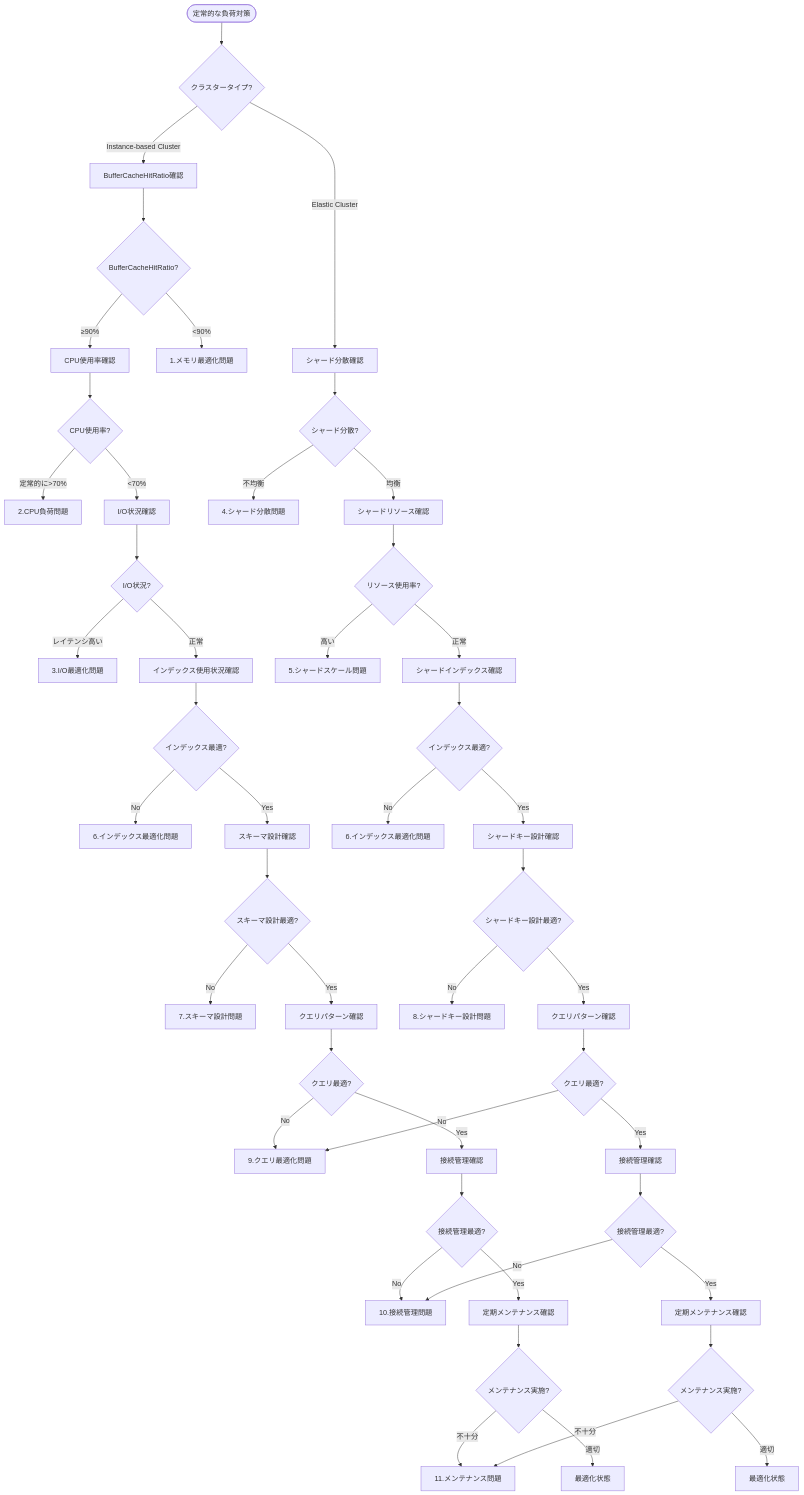
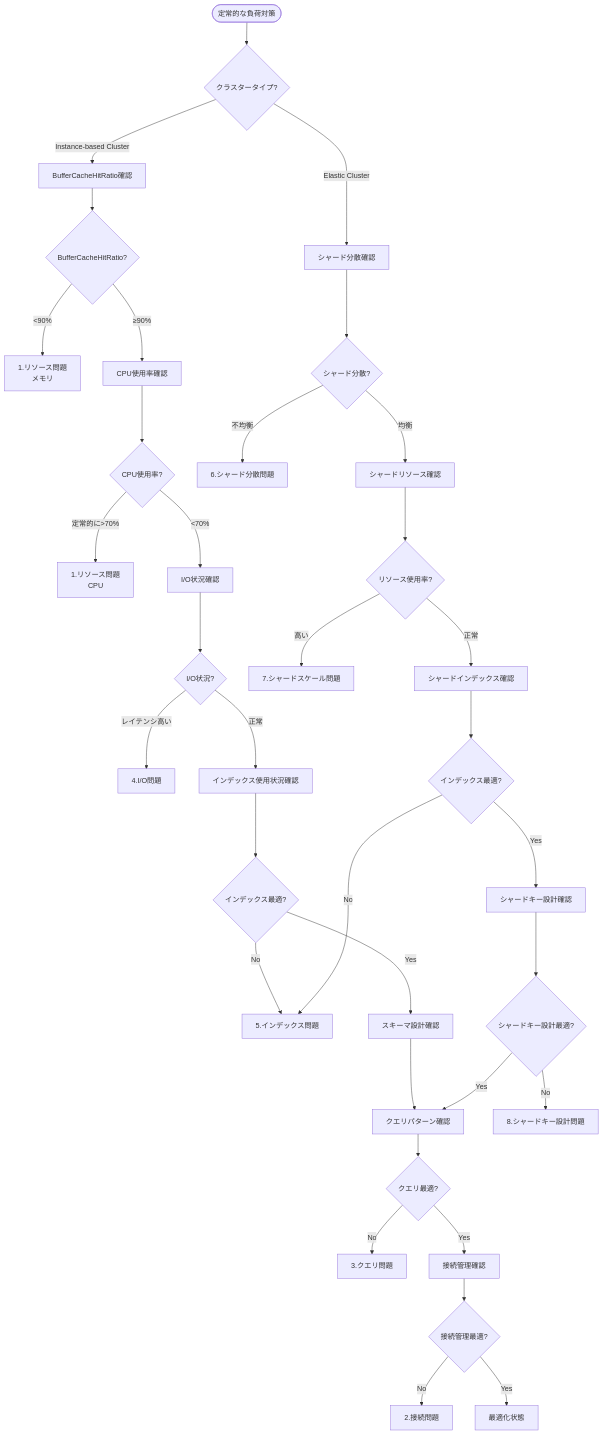
The seventh of 7 diagrams in databases/docdb/manuals/docdb.md (littlemex/aws-samples), drawn with Mermaid before and after one commit. The commit also changed other lines of this file and 9 other files, not shown here.

````diff
--- a/databases/docdb/manuals/docdb.md
+++ b/databases/docdb/manuals/docdb.md
@@ -180,67 +181,49 @@
 ```mermaid
 flowchart TD
     Start([定常的な負荷対策]) --> CheckType{クラスタータイプ?}
     
     CheckType -->|Instance-based Cluster| BufferCheck[BufferCacheHitRatio確認]
     CheckType -->|Elastic Cluster| ShardCheck[シャード分散確認]
     
     BufferCheck --> BufferResult{BufferCacheHitRatio?}
-    BufferResult -->|<90%| MemoryIssue[1.メモリ最適化問題]
+    BufferResult -->|<90%| MemoryIssue[1.リソース問題<br>メモリ]
     BufferResult -->|≥90%| CPUCheck[CPU使用率確認]
     
     CPUCheck --> CPUResult{CPU使用率?}
-    CPUResult -->|定常的に>70%| CPUIssue[2.CPU負荷問題]
+    CPUResult -->|定常的に>70%| CPUIssue[1.リソース問題<br>CPU]
     CPUResult -->|<70%| IOCheck[I/O状況確認]
     
     IOCheck --> IOResult{I/O状況?}
-    IOResult -->|レイテンシ高い| IOIssue[3.I/O最適化問題]
+    IOResult -->|レイテンシ高い| IOIssue[4.I/O問題]
     IOResult -->|正常| IndexCheck[インデックス使用状況確認]
     
     ShardCheck --> ShardResult{シャード分散?}
-    ShardResult -->|不均衡| ShardIssue[4.シャード分散問題]
+    ShardResult -->|不均衡| ShardIssue[6.シャード分散問題]
     ShardResult -->|均衡| ShardResourceCheck[シャードリソース確認]
     
     ShardResourceCheck --> ShardResourceResult{リソース使用率?}
-    ShardResourceResult -->|高い| ShardScaleIssue[5.シャードスケール問題]
+    ShardResourceResult -->|高い| ShardScaleIssue[7.シャードスケール問題]
     ShardResourceResult -->|正常| ShardIndexCheck[シャードインデックス確認]
     
     IndexCheck --> IndexResult{インデックス最適?}
-    IndexResult -->|No| IndexIssue[6.インデックス最適化問題]
+    IndexResult -->|No| IndexIssue[5.インデックス問題]
     IndexResult -->|Yes| SchemaCheck[スキーマ設計確認]
     
     ShardIndexCheck --> ShardIndexResult{インデックス最適?}
-    ShardIndexResult -->|No| ShardIndexIssue[6.インデックス最適化問題]
+    ShardIndexResult -->|No| IndexIssue
     ShardIndexResult -->|Yes| ShardKeyCheck[シャードキー設計確認]
     
-    SchemaCheck --> SchemaResult{スキーマ設計最適?}
-    SchemaResult -->|No| SchemaIssue[7.スキーマ設計問題]
-    SchemaResult -->|Yes| QueryCheck[クエリパターン確認]
-    
+    SchemaCheck --> CommonFlow[クエリパターン確認]
     ShardKeyCheck --> ShardKeyResult{シャードキー設計最適?}
     ShardKeyResult -->|No| ShardKeyIssue[8.シャードキー設計問題]
-    ShardKeyResult -->|Yes| ShardQueryCheck[クエリパターン確認]
+    ShardKeyResult -->|Yes| CommonFlow
     
-    QueryCheck --> QueryResult{クエリ最適?}
-    QueryResult -->|No| QueryIssue[9.クエリ最適化問題]
+    CommonFlow --> QueryResult{クエリ最適?}
+    QueryResult -->|No| QueryIssue[3.クエリ問題]
     QueryResult -->|Yes| ConnectionCheck[接続管理確認]
     
-    ShardQueryCheck --> ShardQueryResult{クエリ最適?}
-    ShardQueryResult -->|No| QueryIssue
-    ShardQueryResult -->|Yes| ShardConnectionCheck[接続管理確認]
-    
     ConnectionCheck --> ConnectionResult{接続管理最適?}
-    ConnectionResult -->|No| ConnectionIssue[10.接続管理問題]
-    ConnectionResult -->|Yes| MaintenanceCheck[定期メンテナンス確認]
-    
-    ShardConnectionCheck --> ShardConnectionResult{接続管理最適?}
-    ShardConnectionResult -->|No| ConnectionIssue
-    ShardConnectionResult -->|Yes| ShardMaintenanceCheck[定期メンテナンス確認]
-    
-    MaintenanceCheck --> MaintenanceResult{メンテナンス実施?}
-    MaintenanceResult -->|不十分| MaintenanceIssue[11.メンテナンス問題]
-    MaintenanceResult -->|適切| OptimizedState[最適化状態]
-    
-    ShardMaintenanceCheck --> ShardMaintenanceResult{メンテナンス実施?}
-    ShardMaintenanceResult -->|不十分| MaintenanceIssue
-    ShardMaintenanceResult -->|適切| ShardOptimizedState[最適化状態]
+    ConnectionResult -->|No| ConnectionIssue[2.接続問題]
+    ConnectionResult -->|Yes| OptimizedState[最適化状態]
+
 ```
````
